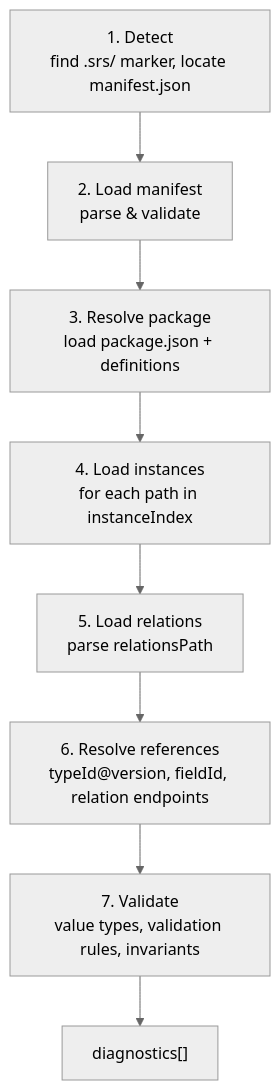
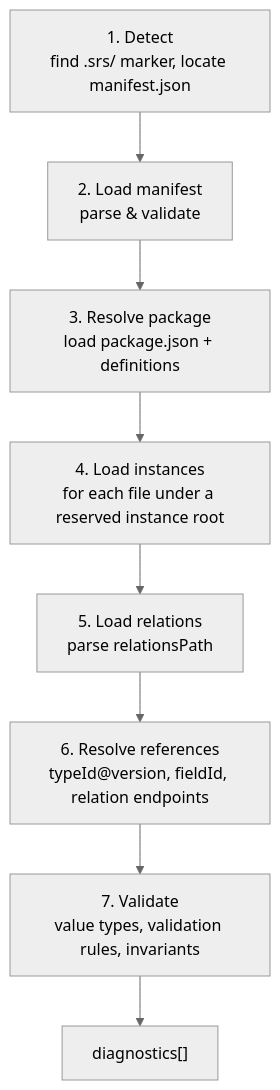
The second of 3 diagrams in docs/overview/how-it-works.md (the-greenman/srs), drawn with Mermaid (neutral theme) before and after one commit. The commit also changed other lines of this file and 23 other files, not shown here.

````diff
--- a/docs/overview/how-it-works.md
+++ b/docs/overview/how-it-works.md
@@ -62,12 +64,12 @@
 ```mermaid
 flowchart TD
     A["1. Detect<br/>find .srs/ marker, locate manifest.json"]
     B["2. Load manifest<br/>parse & validate"]
     C["3. Resolve package<br/>load package.json + definitions"]
-    D["4. Load instances<br/>for each path in instanceIndex"]
+    D["4. Load instances<br/>for each file under a reserved instance root"]
     E["5. Load relations<br/>parse relationsPath"]
     F["6. Resolve references<br/>typeId@version, fieldId, relation endpoints"]
     G["7. Validate<br/>value types, validation rules, invariants"]
     H["diagnostics[]"]
     A --> B --> C --> D --> E --> F --> G --> H
 ```
````
